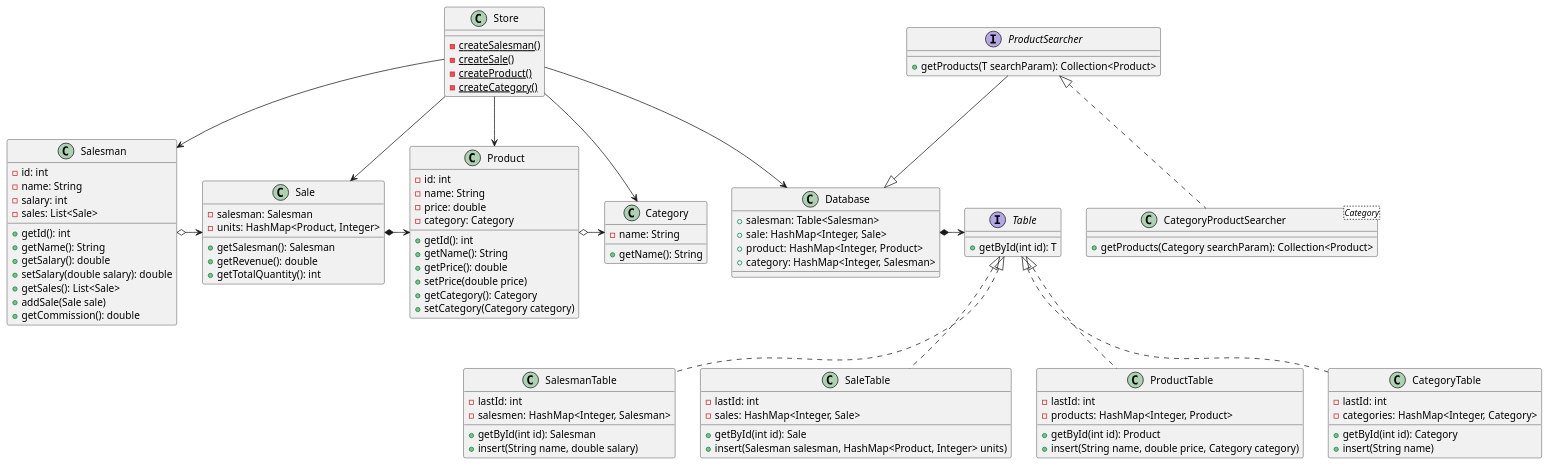
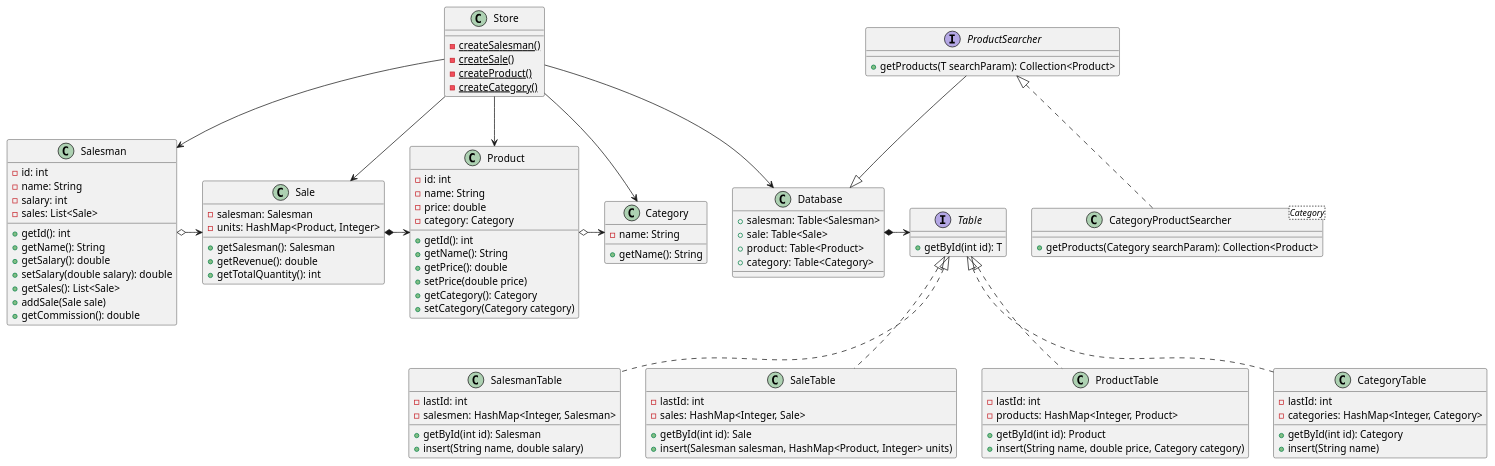
The diagram in diagrams/Class.puml (TomRolB/sales), drawn with PlantUML before and after one commit. The commit also changed 25 other files, not shown here.

```diff
--- a/diagrams/Class.puml
+++ b/diagrams/Class.puml
@@ -1,112 +1,111 @@
 @startuml
 'https://plantuml.com/class-diagram
 
 class Database {
     + salesman: Table<Salesman>
-    + sale: HashMap<Integer, Sale>
-    + product: HashMap<Integer, Product>
-    + category: HashMap<Integer, Salesman>
-
+    + sale: Table<Sale>
+    + product: Table<Product>
+    + category: Table<Category>
 }
 
 interface Table {
     + getById(int id): T
 }
 
 class SalesmanTable implements Table {
     - lastId: int
     - salesmen: HashMap<Integer, Salesman>
     + getById(int id): Salesman
     + insert(String name, double salary)
 }
 
 class SaleTable implements Table {
     - lastId: int
     - sales: HashMap<Integer, Sale>
     + getById(int id): Sale
     + insert(Salesman salesman, HashMap<Product, Integer> units)
 }
 
 class ProductTable implements Table {
     - lastId: int
     - products: HashMap<Integer, Product>
     + getById(int id): Product
     + insert(String name, double price, Category category)
 }
 
 class CategoryTable implements Table {
     - lastId: int
     - categories: HashMap<Integer, Category>
     + getById(int id): Category
     + insert(String name)
 }
 
 class Store {
     - {static} createSalesman()
     - {static} createSale()
     - {static} createProduct()
     - {static} createCategory()
 }
 
 class Salesman {
     - id: int
     - name: String
     - salary: int
     - sales: List<Sale>
     + getId(): int
     + getName(): String
     + getSalary(): double
     + setSalary(double salary): double
     + getSales(): List<Sale>
     + addSale(Sale sale)
     + getCommission(): double
 }
 
 class Sale {
     - salesman: Salesman
     - units: HashMap<Product, Integer>
     + getSalesman(): Salesman
     + getRevenue(): double
     + getTotalQuantity(): int
 }
 
 class Product {
     - id: int
     - name: String
     - price: double
     - category: Category
     + getId(): int
     + getName(): String
     + getPrice(): double
     + setPrice(double price)
     + getCategory(): Category
     + setCategory(Category category)
 }
 
 class Category {
     - name: String
     + getName(): String
 }
 
 interface ProductSearcher {
     + getProducts(T searchParam): Collection<Product>
 }
 
 class CategoryProductSearcher<Category> implements ProductSearcher {
     + getProducts(Category searchParam): Collection<Product>
 }
 
 Store --> Salesman
 Store --> Sale
 Store --> Product
 Store --> Category
 Store --> Database
 
 Database *-> Table
 
 Salesman o-> Sale
 Sale *-> Product
 Product o-> Category
 ProductSearcher --|> Database
 
 @enduml
```
